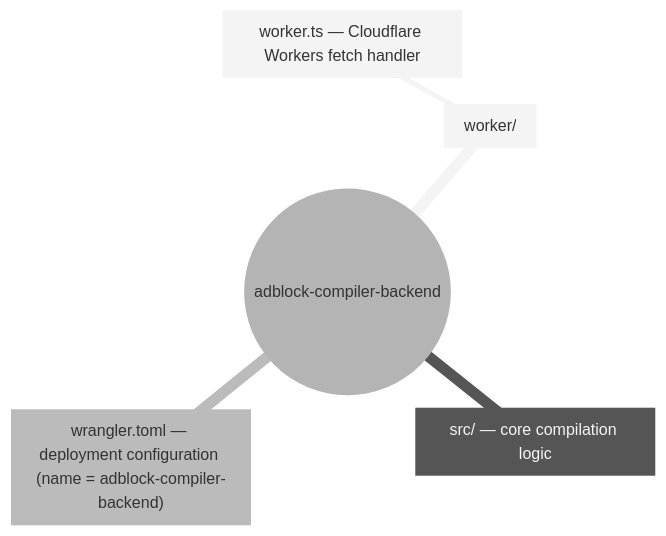
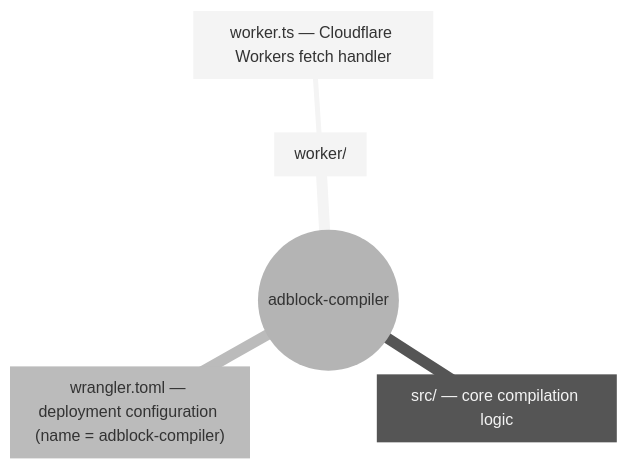
One commit to jaypatrick/adblock-compiler changed the first of 4 diagrams in docs/deployment/CLOUDFLARE_WORKERS_ARCHITECTURE.md. Above: the diagram before and after it, drawn with Mermaid (neutral theme). The commit also changed other lines of this file and 2 other files, not shown here.

First line of the commit message:
docs: update architecture and workflow docs for two-Worker deployment with service binding

````diff
--- a/docs/deployment/CLOUDFLARE_WORKERS_ARCHITECTURE.md
+++ b/docs/deployment/CLOUDFLARE_WORKERS_ARCHITECTURE.md
@@ -38,8 +40,8 @@
 ```mermaid
 mindmap
-  root((adblock-compiler-backend))
+  root((adblock-compiler))
     worker["worker/"]
       workerTs["worker.ts — Cloudflare Workers fetch handler"]
     src["src/ — core compilation logic"]
-    wrangler["wrangler.toml — deployment configuration (name = adblock-compiler-backend)"]
+    wrangler["wrangler.toml — deployment configuration (name = adblock-compiler)"]
 ```
````
